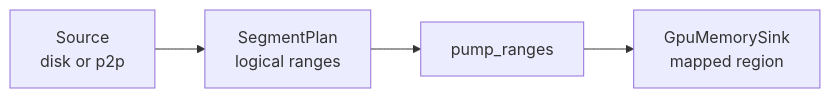
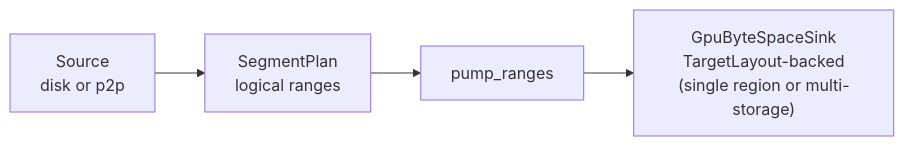
One commit to tensorcast-ai/tensorcast changed the second of 2 diagrams in docs/designs/0042-region-backed-tensor-dict-into.md. Above: the diagram before and after it, drawn with Mermaid. The commit also changed other lines of this file and 3 other files, not shown here.

````diff
--- a/docs/designs/0042-region-backed-tensor-dict-into.md
+++ b/docs/designs/0042-region-backed-tensor-dict-into.md
@@ -466,6 +572,6 @@
 ```mermaid
 flowchart LR
   A["Source<br>disk or p2p"] --> B["SegmentPlan<br>logical ranges"]
   B --> C["pump_ranges"]
-  C --> D["GpuMemorySink<br>mapped region"]
+  C --> D["GpuByteSpaceSink<br>TargetLayout-backed<br>(single region or multi-storage)"]
 ```
````
